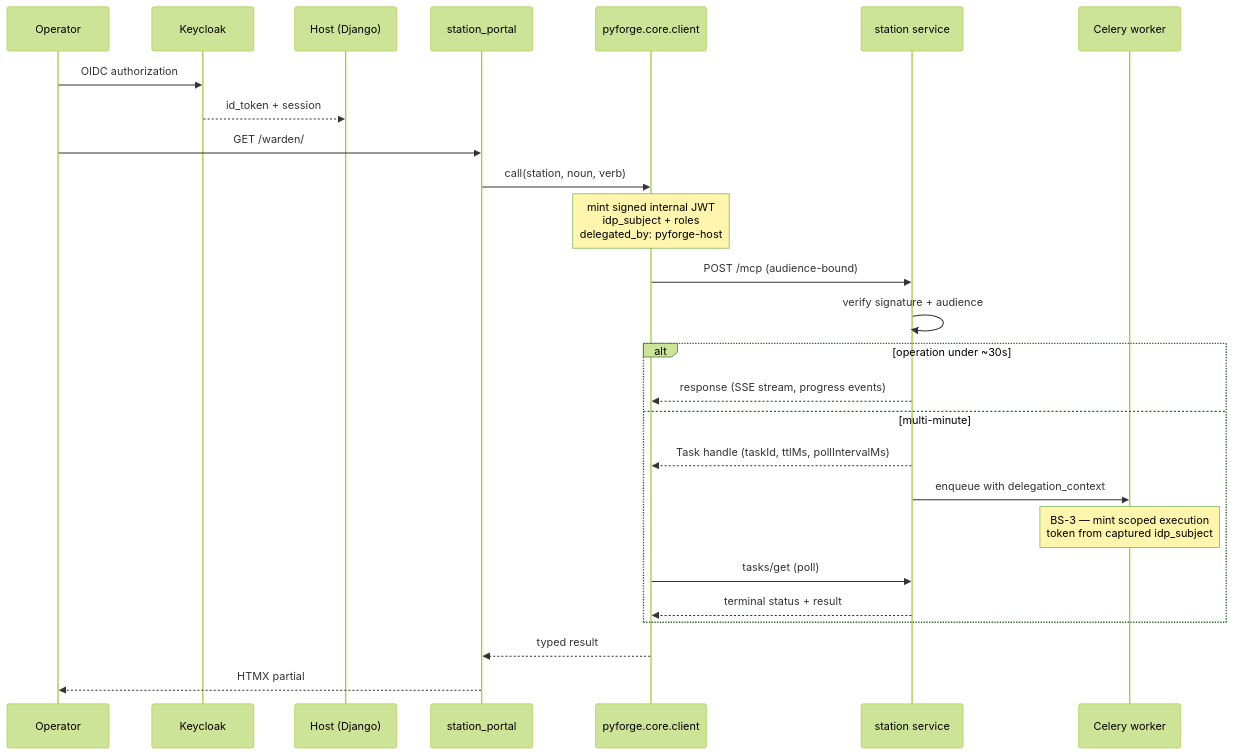
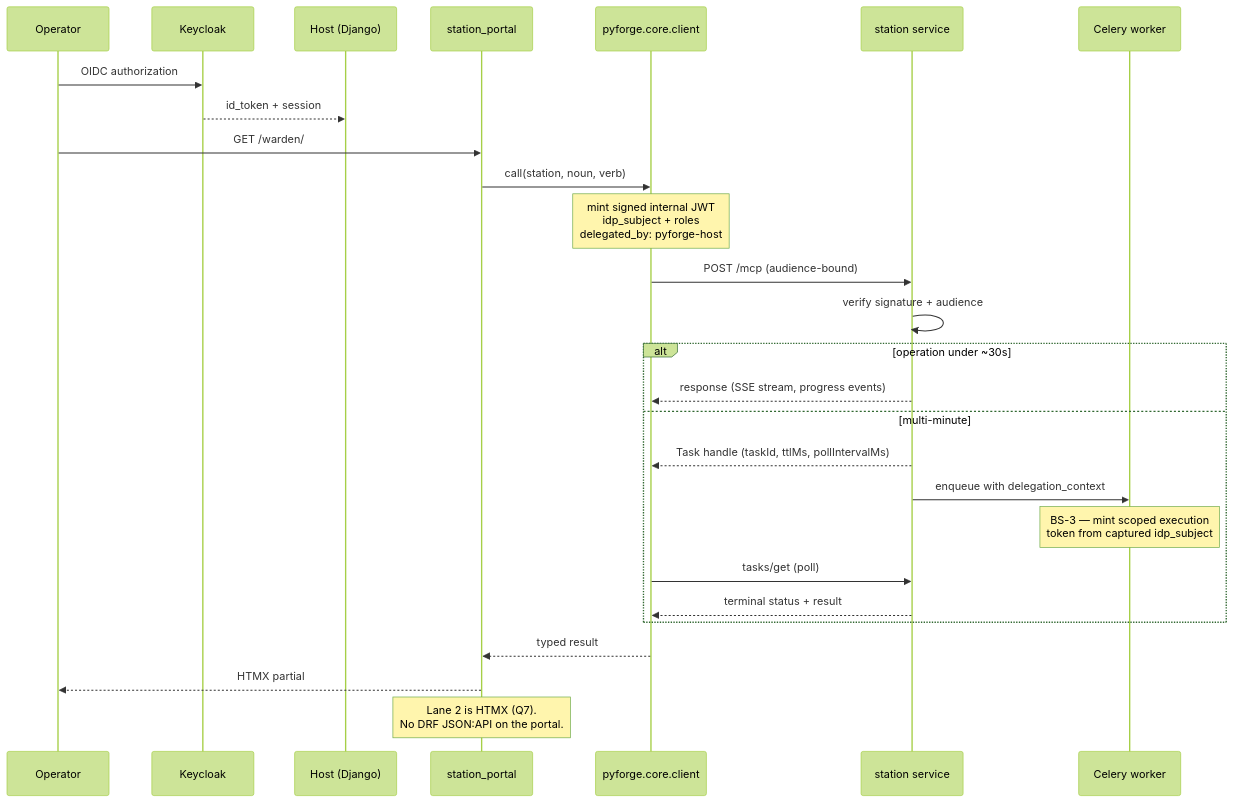
One commit to rxm7706/local-recipes changed the second of 5 diagrams in _bmad-output/projects/pyforge-steward/planning-artifacts/specs/spec-pyforge-unifying-strategy/architecture-diagrams.md. Above: the diagram before and after it, drawn with Mermaid (forest theme). The commit also changed other lines of this file and 53 other files, not shown here.

````diff
--- a/_bmad-output/projects/pyforge-steward/planning-artifacts/specs/spec-pyforge-unifying-strategy/architecture-diagrams.md
+++ b/_bmad-output/projects/pyforge-steward/planning-artifacts/specs/spec-pyforge-unifying-strategy/architecture-diagrams.md
@@ -77,29 +77,30 @@
 ```mermaid
 sequenceDiagram
     participant U as Operator
     participant K as Keycloak
     participant H as Host (Django)
     participant P as station_portal
     participant C as pyforge.core.client
     participant S as station service
     participant Q as Celery worker
 
     U->>K: OIDC authorization
     K-->>H: id_token + session
     U->>P: GET /warden/
     P->>C: call(station, noun, verb)
     Note over C: mint signed internal JWT<br/>idp_subject + roles<br/>delegated_by: pyforge-host
     C->>S: POST /mcp  (audience-bound)
     S->>S: verify signature + audience
     alt operation under ~30s
         S-->>C: response (SSE stream, progress events)
     else multi-minute
         S-->>C: Task handle (taskId, ttlMs, pollIntervalMs)
         S->>Q: enqueue with delegation_context
         Note over Q: BS-3 — mint scoped execution<br/>token from captured idp_subject
         C->>S: tasks/get (poll)
         S-->>C: terminal status + result
     end
     C-->>P: typed result
     P-->>U: HTMX partial
+    Note over P: Lane 2 is HTMX (Q7).<br/>No DRF JSON:API on the portal.
 ```
````
